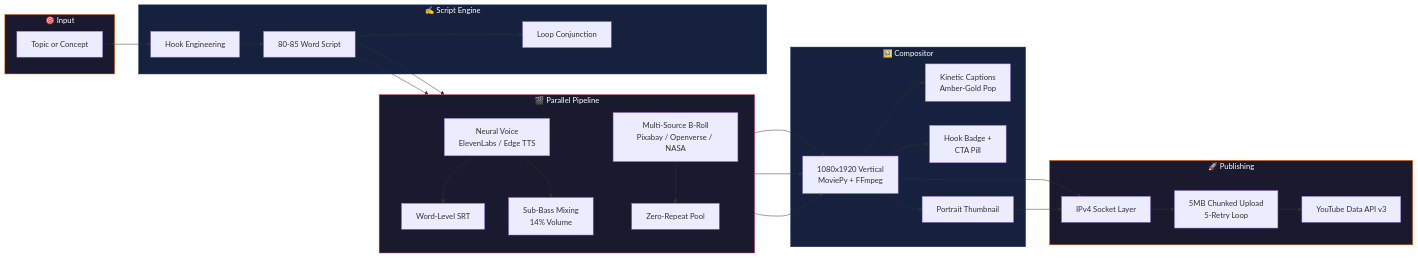
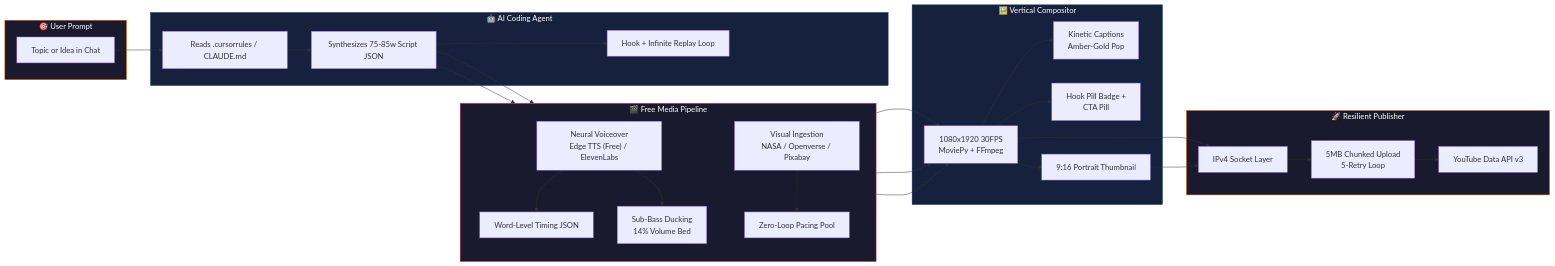
One commit to baerozgaarmard/tube-trek changed the diagram in README.md. Above: the diagram before and after it, drawn with Mermaid. The commit also changed other lines of this file, not shown here.

Commit message:
docs: update README highlighting 100% free pipeline with zero API keys and one-command install

````diff
--- a/README.md
+++ b/README.md
@@ -42,48 +54,48 @@
 ```mermaid
 flowchart LR
-    subgraph INPUT["🎯 Input"]
-        A["Topic or Concept"]
+    subgraph INPUT["🎯 User Prompt"]
+        A["Topic or Idea in Chat"]
     end
 
-    subgraph SCRIPT["✍️ Script Engine"]
-        B["Hook Engineering"]
-        C["80-85 Word Script"]
-        D["Loop Conjunction"]
+    subgraph SCRIPT["🤖 AI Coding Agent"]
+        B["Reads .cursorrules / CLAUDE.md"]
+        C["Synthesizes 75-85w Script JSON"]
+        D["Hook + Infinite Replay Loop"]
     end
 
-    subgraph MEDIA["🎬 Parallel Pipeline"]
+    subgraph MEDIA["🎬 Free Media Pipeline"]
         direction TB
-        E["Neural Voice\nElevenLabs / Edge TTS"]
-        F["Word-Level SRT"]
-        G["Sub-Bass Mixing\n14% Volume"]
-        H["Multi-Source B-Roll\nPixabay / Openverse / NASA"]
-        I["Zero-Repeat Pool"]
+        E["Neural Voiceover\nEdge TTS (Free) / ElevenLabs"]
+        F["Word-Level Timing JSON"]
+        G["Sub-Bass Ducking\n14% Volume Bed"]
+        H["Visual Ingestion\nNASA / Openverse / Pixabay"]
+        I["Zero-Loop Pacing Pool"]
     end
 
-    subgraph RENDER["🖼️ Compositor"]
-        J["1080x1920 Vertical\nMoviePy + FFmpeg"]
+    subgraph RENDER["🖼️ Vertical Compositor"]
+        J["1080x1920 30FPS\nMoviePy + FFmpeg"]
         K["Kinetic Captions\nAmber-Gold Pop"]
-        L["Hook Badge +\nCTA Pill"]
-        M["Portrait Thumbnail"]
+        L["Hook Pill Badge +\nCTA Pill"]
+        M["9:16 Portrait Thumbnail"]
     end
 
-    subgraph PUBLISH["🚀 Publishing"]
+    subgraph PUBLISH["🚀 Resilient Publisher"]
         N["IPv4 Socket Layer"]
         O["5MB Chunked Upload\n5-Retry Loop"]
         P["YouTube Data API v3"]
     end
 
     A --> B --> C --> D
     C --> E --> F
     E --> G
     C --> H --> I
     F & G & I --> J
     J --> K & L & M
     J & M --> N --> O --> P
 
     style INPUT fill:#1a1a2e,stroke:#ff6a00,color:#fff
     style SCRIPT fill:#16213e,stroke:#0f3460,color:#fff
     style MEDIA fill:#1a1a2e,stroke:#e94560,color:#fff
     style RENDER fill:#16213e,stroke:#0f3460,color:#fff
     style PUBLISH fill:#1a1a2e,stroke:#ff6a00,color:#fff
 ```
````
